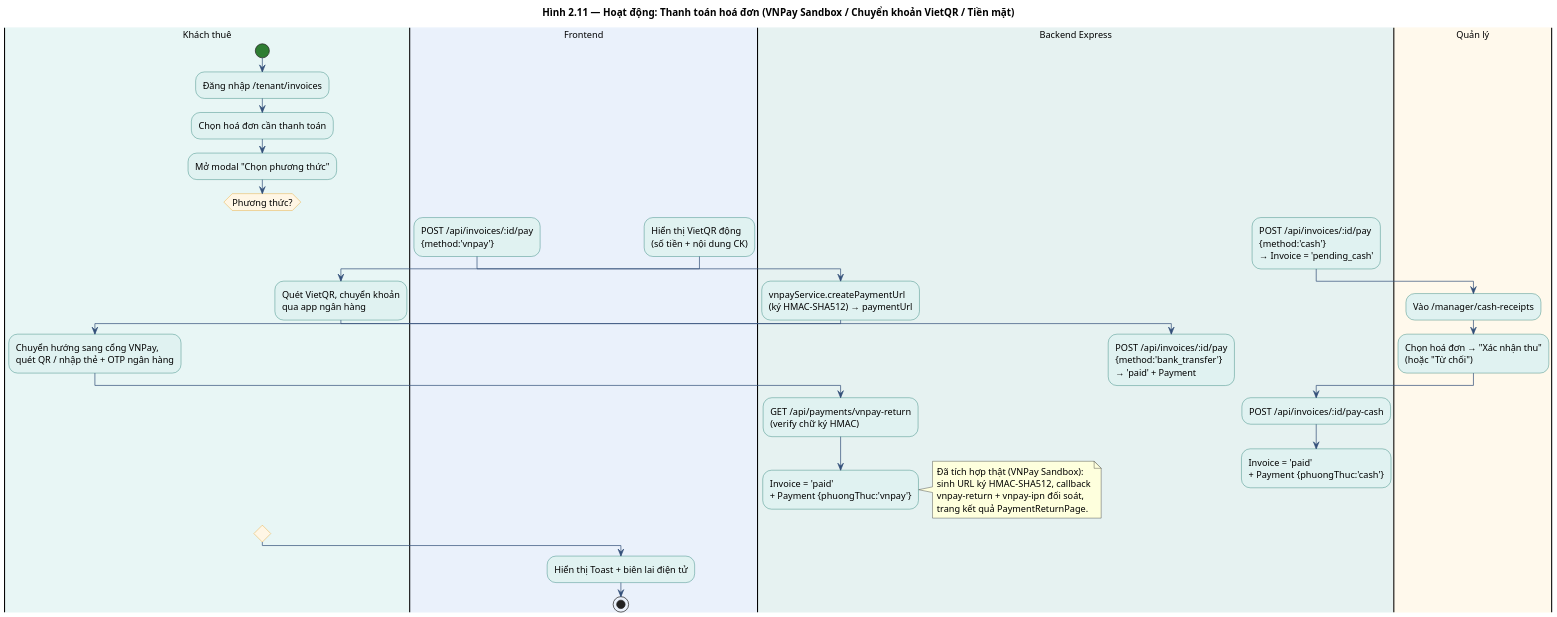
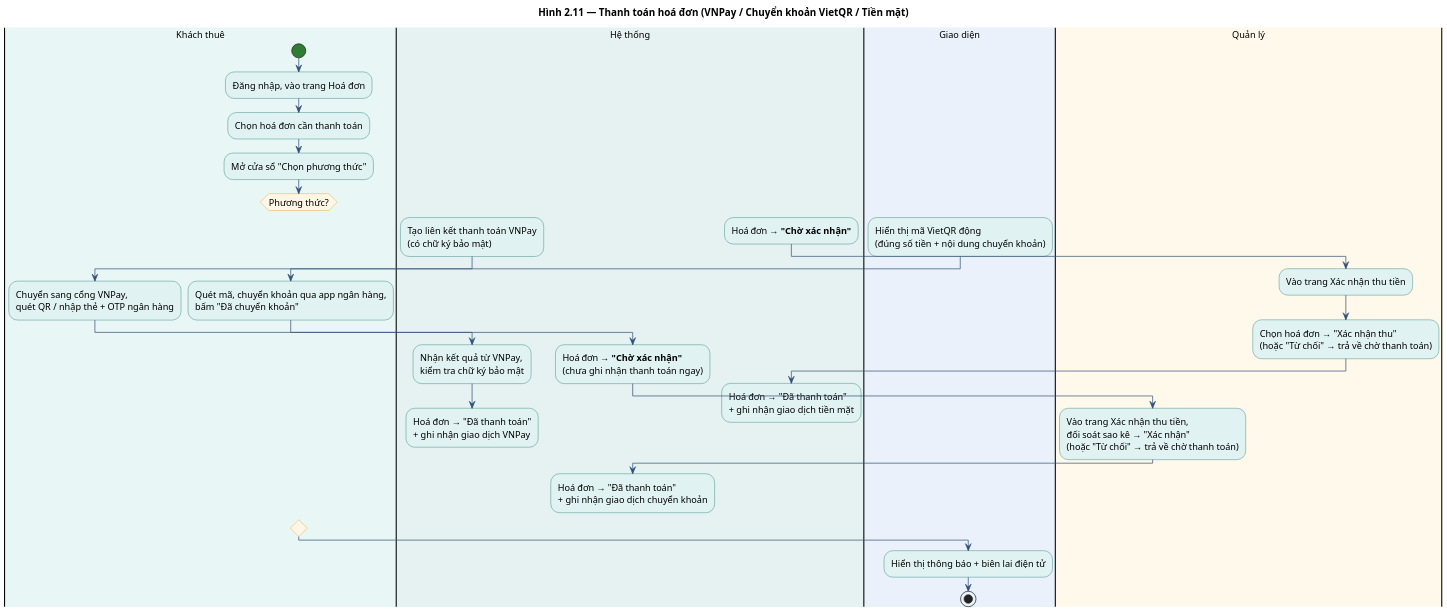
The diagram in docs/diagrams/2.11_act_payment.puml (DiepTuHuy/Hostel_Management), drawn with PlantUML before and after one commit. The commit also changed 92 other files, not shown here.

Commit message:
Đồng bộ 19 sơ đồ UML khớp 100% với hệ thống và bổ sung báo cáo LaTeX (PTTKHT) vào repository

```diff
--- a/docs/diagrams/2.11_act_payment.puml
+++ b/docs/diagrams/2.11_act_payment.puml
@@ -1,63 +1,58 @@
 @startuml Act_Payment
-title Hình 2.11 — Hoạt động: Thanh toán hoá đơn (VNPay Sandbox / Chuyển khoản VietQR / Tiền mặt)
+title Hình 2.11 — Thanh toán hoá đơn (VNPay / Chuyển khoản VietQR / Tiền mặt)
 
 skinparam dpi 150
 skinparam shadowing false
 skinparam defaultFontName "Segoe UI"
 skinparam defaultFontSize 13
 skinparam ArrowColor #34507A
 skinparam activity {
   BackgroundColor #E0F2F1
   BorderColor #00695C
   DiamondBackgroundColor #FFF6E5
   DiamondBorderColor #E59300
   StartColor #2E7D32
   EndColor #AD1457
 }
 
 |#E8F6F5|Khách thuê|
 start
-:Đăng nhập /tenant/invoices;
+:Đăng nhập, vào trang Hoá đơn;
 :Chọn hoá đơn cần thanh toán;
-:Mở modal "Chọn phương thức";
+:Mở cửa sổ "Chọn phương thức";
 
 switch (Phương thức?)
-case (Ví VNPay — Sandbox thật)
-  |#EAF1FB|Frontend|
-  :POST /api/invoices/:id/pay\n{method:'vnpay'};
-  |#E6F2F1|Backend Express|
-  :vnpayService.createPaymentUrl\n(ký HMAC-SHA512) → paymentUrl;
+case (Ví VNPay)
+  |#E6F2F1|Hệ thống|
+  :Tạo liên kết thanh toán VNPay\n(có chữ ký bảo mật);
   |#E8F6F5|Khách thuê|
-  :Chuyển hướng sang cổng VNPay,\nquét QR / nhập thẻ + OTP ngân hàng;
-  |#E6F2F1|Backend Express|
-  :GET /api/payments/vnpay-return\n(verify chữ ký HMAC);
-  :Invoice = 'paid'\n+ Payment {phuongThuc:'vnpay'};
-  note right
-    Đã tích hợp thật (VNPay Sandbox):
-    sinh URL ký HMAC-SHA512, callback
-    vnpay-return + vnpay-ipn đối soát,
-    trang kết quả PaymentReturnPage.
-  end note
+  :Chuyển sang cổng VNPay,\nquét QR / nhập thẻ + OTP ngân hàng;
+  |#E6F2F1|Hệ thống|
+  :Nhận kết quả từ VNPay,\nkiểm tra chữ ký bảo mật;
+  :Hoá đơn → "Đã thanh toán"\n+ ghi nhận giao dịch VNPay;
 case (Chuyển khoản — VietQR)
-  |#EAF1FB|Frontend|
-  :Hiển thị VietQR động\n(số tiền + nội dung CK);
+  |#EAF1FB|Giao diện|
+  :Hiển thị mã VietQR động\n(đúng số tiền + nội dung chuyển khoản);
   |#E8F6F5|Khách thuê|
-  :Quét VietQR, chuyển khoản\nqua app ngân hàng;
-  |#E6F2F1|Backend Express|
-  :POST /api/invoices/:id/pay\n{method:'bank_transfer'}\n→ 'paid' + Payment;
+  :Quét mã, chuyển khoản qua app ngân hàng,\nbấm "Đã chuyển khoản";
+  |#E6F2F1|Hệ thống|
+  :Hoá đơn → **"Chờ xác nhận"**\n(chưa ghi nhận thanh toán ngay);
+  |#FFF9EC|Quản lý|
+  :Vào trang Xác nhận thu tiền,\nđối soát sao kê → "Xác nhận"\n(hoặc "Từ chối" → trả về chờ thanh toán);
+  |#E6F2F1|Hệ thống|
+  :Hoá đơn → "Đã thanh toán"\n+ ghi nhận giao dịch chuyển khoản;
 case (Tiền mặt)
-  |#E6F2F1|Backend Express|
-  :POST /api/invoices/:id/pay\n{method:'cash'}\n→ Invoice = 'pending_cash';
+  |#E6F2F1|Hệ thống|
+  :Hoá đơn → **"Chờ xác nhận"**;
   |#FFF9EC|Quản lý|
-  :Vào /manager/cash-receipts;
-  :Chọn hoá đơn → "Xác nhận thu"\n(hoặc "Từ chối");
-  |#E6F2F1|Backend Express|
-  :POST /api/invoices/:id/pay-cash;
-  :Invoice = 'paid'\n+ Payment {phuongThuc:'cash'};
+  :Vào trang Xác nhận thu tiền;
+  :Chọn hoá đơn → "Xác nhận thu"\n(hoặc "Từ chối" → trả về chờ thanh toán);
+  |#E6F2F1|Hệ thống|
+  :Hoá đơn → "Đã thanh toán"\n+ ghi nhận giao dịch tiền mặt;
 endswitch
 
-|#EAF1FB|Frontend|
-:Hiển thị Toast + biên lai điện tử;
+|#EAF1FB|Giao diện|
+:Hiển thị thông báo + biên lai điện tử;
 stop
 
 @enduml
```
